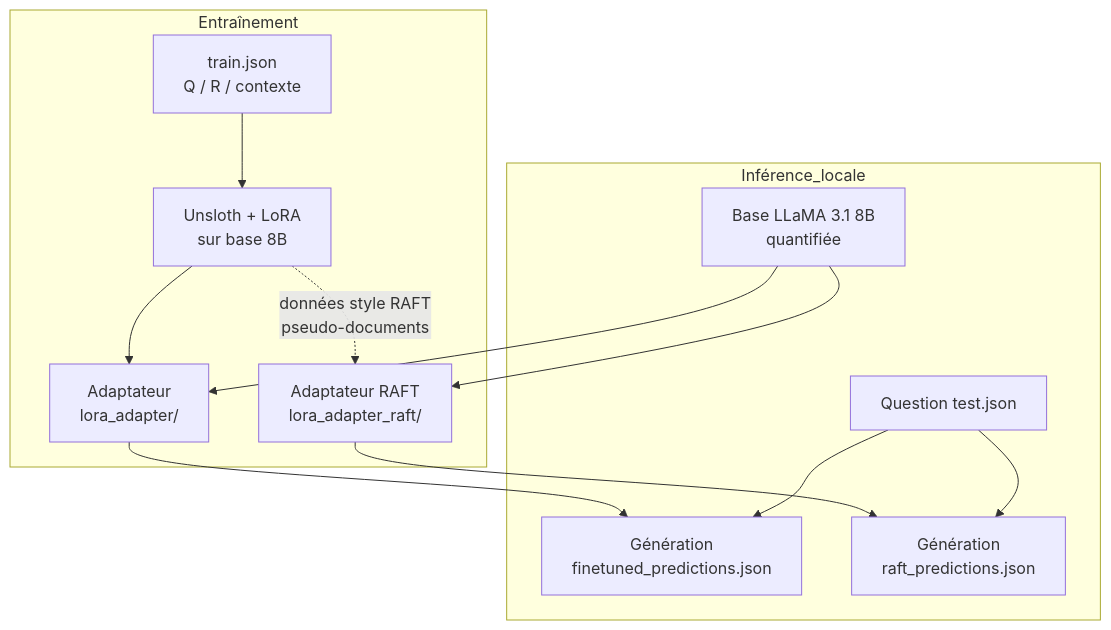
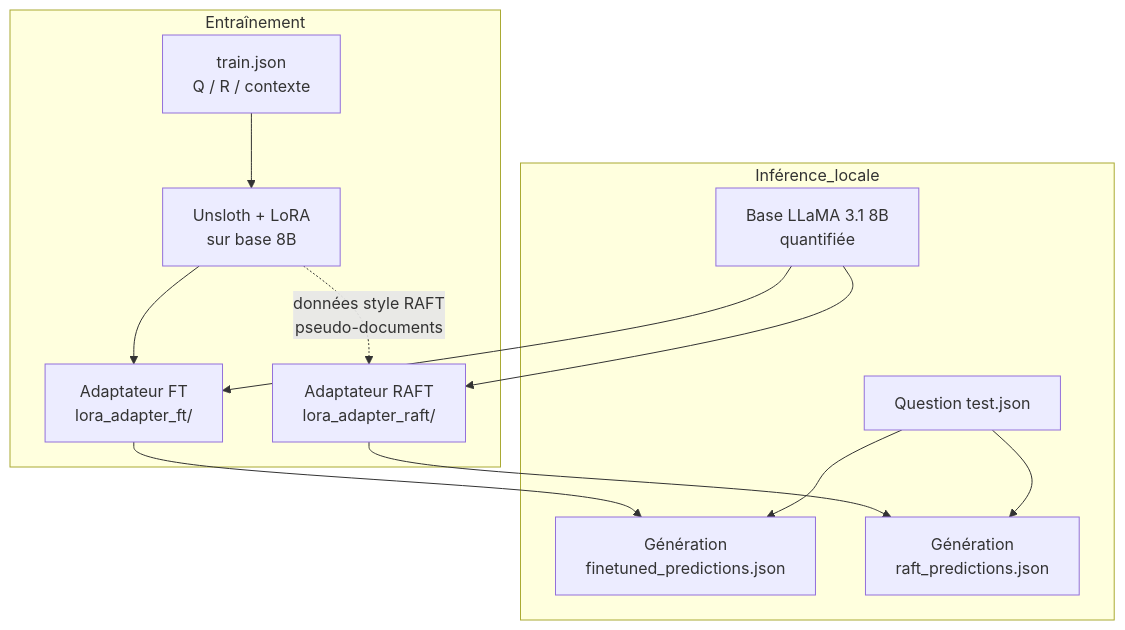
The third of 6 diagrams in schemas_methodes.md (coulby45/llm-integration-pipeline), drawn with Mermaid before and after one commit. The commit also changed other lines of this file and 56 other files, not shown here.

````diff
--- a/schemas_methodes.md
+++ b/schemas_methodes.md
@@ -82,22 +90,22 @@
 ```mermaid
 flowchart TB
   subgraph Entraînement
     TR["train.json<br/>Q / R / contexte"]
     U["Unsloth + LoRA<br/>sur base 8B"]
-    AD1["Adaptateur<br/>lora_adapter/"]
+    AD1["Adaptateur FT<br/>lora_adapter_ft/"]
     AD2["Adaptateur RAFT<br/>lora_adapter_raft/"]
     TR --> U
     U --> AD1
     U -.->|"données style RAFT<br/>pseudo-documents"| AD2
   end
   subgraph Inférence_locale
     Q["Question test.json"]
     B["Base LLaMA 3.1 8B<br/>quantifiée"]
     B --> AD1
     B --> AD2
     AD1 --> GEN1["Génération<br/>finetuned_predictions.json"]
     AD2 --> GEN2["Génération<br/>raft_predictions.json"]
     Q --> GEN1
     Q --> GEN2
   end
 ```
````
